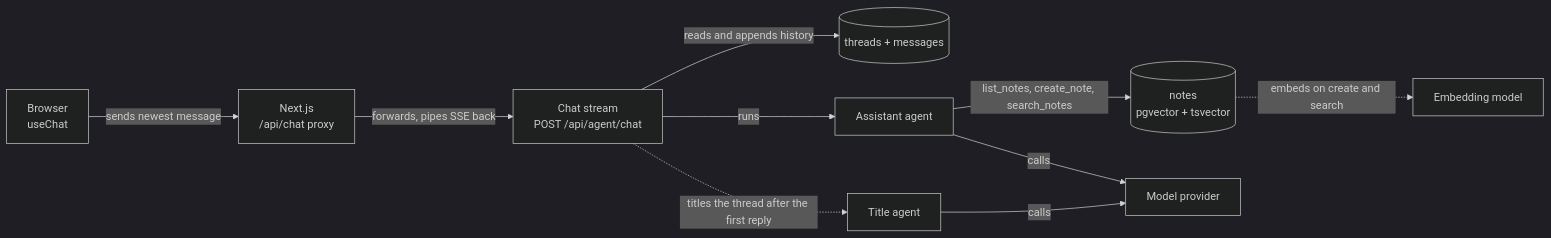
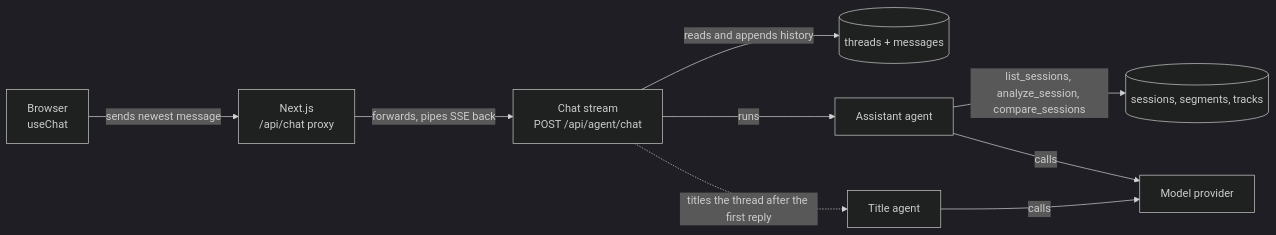
The diagram in docs/architecture/README.md (LukeMainwaring/cortexdj), drawn with Mermaid (dark theme) before and after one commit. The commit also changed other lines of this file and 10 other files, not shown here.

Commit message:
docs(port): point the docs, rules, and review checks at sessions and cut the Notes, embedder, and hybrid-search text

````diff
--- a/docs/architecture/README.md
+++ b/docs/architecture/README.md
@@ -15,12 +15,11 @@
 ```mermaid
 flowchart LR
     browser["Browser<br/>useChat"] -->|sends newest message| proxy["Next.js<br/>/api/chat proxy"]
     proxy -->|forwards, pipes SSE back| stream["Chat stream<br/>POST /api/agent/chat"]
     stream -->|reads and appends history| threads[("threads + messages")]
     stream -->|runs| assistant[Assistant agent]
-    assistant -->|list_notes, create_note, search_notes| notes[("notes<br/>pgvector + tsvector")]
+    assistant -->|list_sessions, analyze_session, compare_sessions| sessions[("sessions, segments, tracks")]
     assistant -->|calls| model[Model provider]
-    notes -.->|embeds on create and search| embedder[Embedding model]
     stream -.->|titles the thread after the first reply| title[Title agent]
     title -->|calls| model
 ```
````
